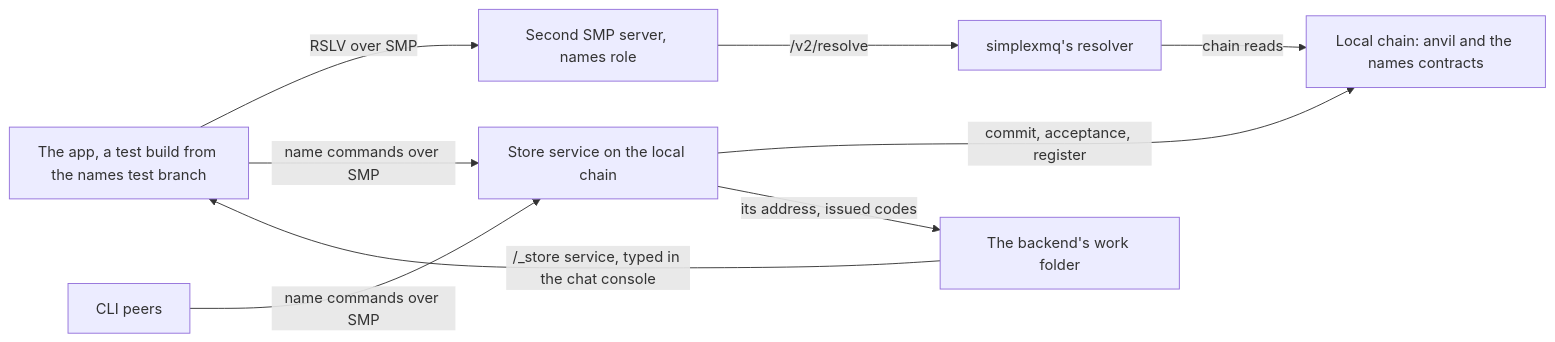
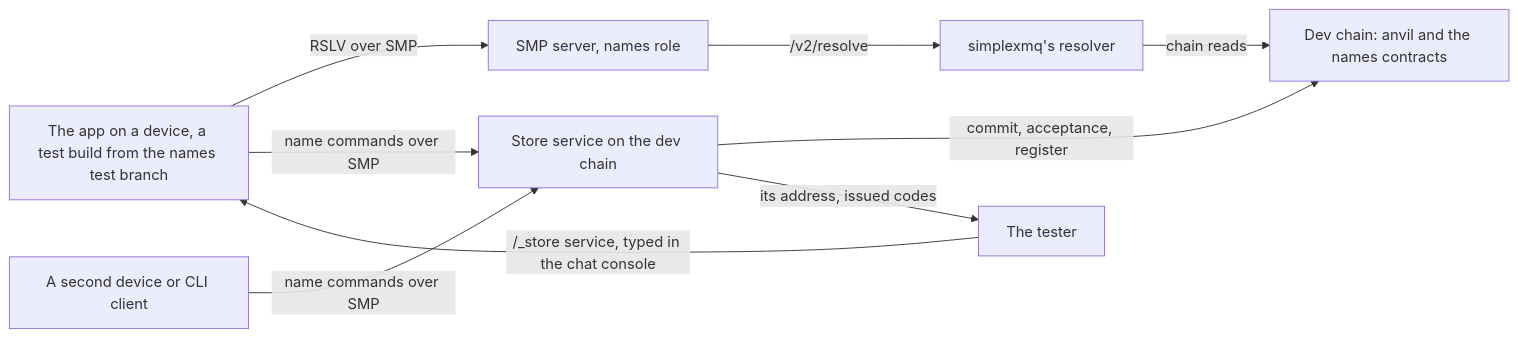
Diagram 11 of 11 in plans/2026-10-30-names-in-app-purchases.md (simplex-chat/simplex-chat), drawn with Mermaid before and after one commit. The commit also changed other lines of this file, not shown here.

Commit message:
docs: names plan tests on recorded core responses

````diff
--- a/plans/2026-10-30-names-in-app-purchases.md
+++ b/plans/2026-10-30-names-in-app-purchases.md
@@ -1576,11 +1579,11 @@
 ```mermaid
 flowchart LR
-  app["The app, a test build from the names test branch"] -->|"RSLV over SMP"| smp2["Second SMP server, names role"]
+  app["The app on a device, a test build from the names test branch"] -->|"RSLV over SMP"| smp2["SMP server, names role"]
   smp2 -->|"/v2/resolve"| resolver["simplexmq's resolver"]
-  resolver -->|"chain reads"| chain["Local chain: anvil and the names contracts"]
-  app -->|"name commands over SMP"| svc["Store service on the local chain"]
+  resolver -->|"chain reads"| chain["Dev chain: anvil and the names contracts"]
+  app -->|"name commands over SMP"| svc["Store service on the dev chain"]
   svc -->|"commit, acceptance, register"| chain
-  svc -->|"its address, issued codes"| work["The backend's work folder"]
-  work -->|"/_store service, typed in the chat console"| app
-  cli["CLI peers"] -->|"name commands over SMP"| svc
+  svc -->|"its address, issued codes"| tester["The tester"]
+  tester -->|"/_store service, typed in the chat console"| app
+  cli["A second device or CLI client"] -->|"name commands over SMP"| svc
 ```
````
